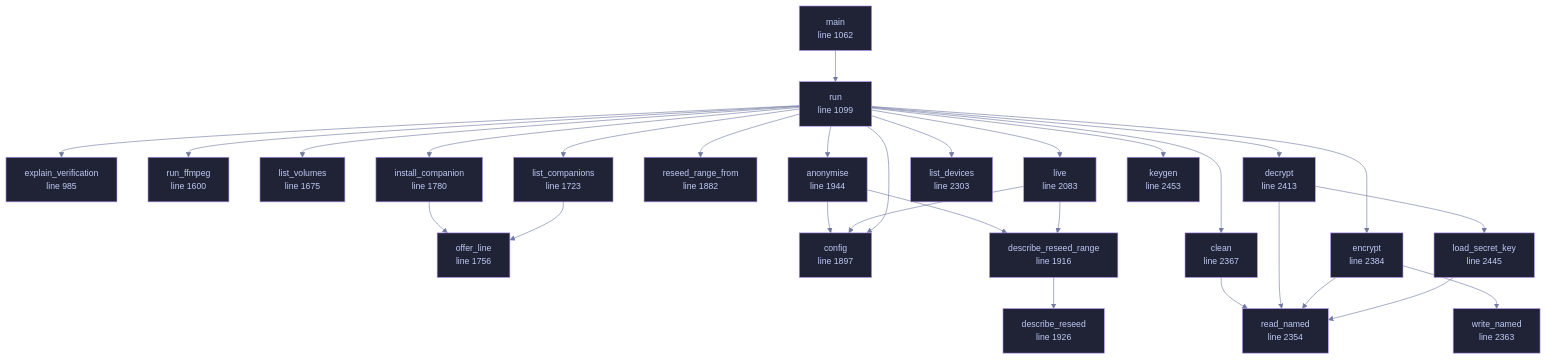
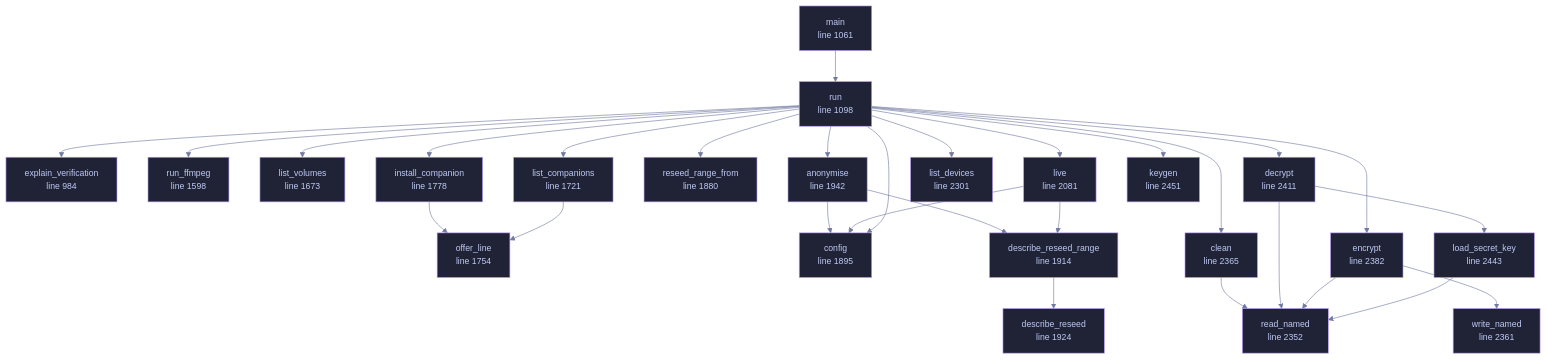
The diagram in docs/files/veilvoice-cli/main.md (tilas01/veilvoice), drawn with Mermaid before and after one commit. The commit also changed other lines of this file and 102 other files, not shown here.

````diff
--- a/docs/files/veilvoice-cli/main.md
+++ b/docs/files/veilvoice-cli/main.md
@@ -133,78 +133,78 @@
 ```mermaid
 %%{init: {"theme":"base","themeVariables":{"background":"#1a1b26","primaryColor":"#1f2335","primaryTextColor":"#c0caf5","primaryBorderColor":"#7aa2f7","secondaryColor":"#16161e","tertiaryColor":"#16161e","lineColor":"#737aa2","textColor":"#c0caf5","mainBkg":"#1f2335","nodeBorder":"#7aa2f7","clusterBkg":"#16161e","clusterBorder":"#2f3549","fontFamily":"ui-monospace, SFMono-Regular, Consolas, monospace","fontSize":"14px"}}}%%
 flowchart TD
-    n_explain_verification["explain_verification<br/>line 985"]
-    n_main["main<br/>line 1062"]
-    n_run["run<br/>line 1099"]
-    n_run_ffmpeg["run_ffmpeg<br/>line 1600"]
-    n_list_volumes["list_volumes<br/>line 1675"]
-    n_list_companions["list_companions<br/>line 1723"]
-    n_offer_line["offer_line<br/>line 1756"]
-    n_install_companion["install_companion<br/>line 1780"]
-    n_reseed_range_from["reseed_range_from<br/>line 1882"]
-    n_config["config<br/>line 1897"]
-    n_describe_reseed_range["describe_reseed_range<br/>line 1916"]
-    n_describe_reseed["describe_reseed<br/>line 1926"]
-    n_anonymise["anonymise<br/>line 1944"]
-    n_live["live<br/>line 2083"]
-    n_list_devices["list_devices<br/>line 2303"]
-    n_read_named["read_named<br/>line 2354"]
-    n_write_named["write_named<br/>line 2363"]
-    n_clean["clean<br/>line 2367"]
-    n_encrypt["encrypt<br/>line 2384"]
-    n_decrypt["decrypt<br/>line 2413"]
-    n_load_secret_key["load_secret_key<br/>line 2445"]
-    n_keygen["keygen<br/>line 2453"]
+    n_explain_verification["explain_verification<br/>line 984"]
+    n_main["main<br/>line 1061"]
+    n_run["run<br/>line 1098"]
+    n_run_ffmpeg["run_ffmpeg<br/>line 1598"]
+    n_list_volumes["list_volumes<br/>line 1673"]
+    n_list_companions["list_companions<br/>line 1721"]
+    n_offer_line["offer_line<br/>line 1754"]
+    n_install_companion["install_companion<br/>line 1778"]
+    n_reseed_range_from["reseed_range_from<br/>line 1880"]
+    n_config["config<br/>line 1895"]
+    n_describe_reseed_range["describe_reseed_range<br/>line 1914"]
+    n_describe_reseed["describe_reseed<br/>line 1924"]
+    n_anonymise["anonymise<br/>line 1942"]
+    n_live["live<br/>line 2081"]
+    n_list_devices["list_devices<br/>line 2301"]
+    n_read_named["read_named<br/>line 2352"]
+    n_write_named["write_named<br/>line 2361"]
+    n_clean["clean<br/>line 2365"]
+    n_encrypt["encrypt<br/>line 2382"]
+    n_decrypt["decrypt<br/>line 2411"]
+    n_load_secret_key["load_secret_key<br/>line 2443"]
+    n_keygen["keygen<br/>line 2451"]
     n_anonymise --> n_config
     n_anonymise --> n_describe_reseed_range
     n_clean --> n_read_named
     n_decrypt --> n_load_secret_key
     n_decrypt --> n_read_named
     n_describe_reseed_range --> n_describe_reseed
     n_encrypt --> n_read_named
     n_encrypt --> n_write_named
     n_install_companion --> n_offer_line
     n_list_companions --> n_offer_line
     n_live --> n_config
     n_live --> n_describe_reseed_range
     n_load_secret_key --> n_read_named
     n_main --> n_run
     n_run --> n_anonymise
     n_run --> n_clean
     n_run --> n_config
     n_run --> n_decrypt
     n_run --> n_encrypt
     n_run --> n_explain_verification
     n_run --> n_install_companion
     n_run --> n_keygen
     n_run --> n_list_companions
     n_run --> n_list_devices
     n_run --> n_list_volumes
     n_run --> n_live
     n_run --> n_reseed_range_from
     n_run --> n_run_ffmpeg
-    click n_explain_verification href "https://github.com/tilas01/veilvoice/blob/main/crates/veilvoice-cli/src/main.rs#L985" "open the source"
-    click n_main href "https://github.com/tilas01/veilvoice/blob/main/crates/veilvoice-cli/src/main.rs#L1062" "open the source"
-    click n_run href "https://github.com/tilas01/veilvoice/blob/main/crates/veilvoice-cli/src/main.rs#L1099" "open the source"
-    click n_run_ffmpeg href "https://github.com/tilas01/veilvoice/blob/main/crates/veilvoice-cli/src/main.rs#L1600" "open the source"
-    click n_list_volumes href "https://github.com/tilas01/veilvoice/blob/main/crates/veilvoice-cli/src/main.rs#L1675" "open the source"
-    click n_list_companions href "https://github.com/tilas01/veilvoice/blob/main/crates/veilvoice-cli/src/main.rs#L1723" "open the source"
-    click n_offer_line href "https://github.com/tilas01/veilvoice/blob/main/crates/veilvoice-cli/src/main.rs#L1756" "open the source"
-    click n_install_companion href "https://github.com/tilas01/veilvoice/blob/main/crates/veilvoice-cli/src/main.rs#L1780" "open the source"
-    click n_reseed_range_from href "https://github.com/tilas01/veilvoice/blob/main/crates/veilvoice-cli/src/main.rs#L1882" "open the source"
-    click n_config href "https://github.com/tilas01/veilvoice/blob/main/crates/veilvoice-cli/src/main.rs#L1897" "open the source"
-    click n_describe_reseed_range href "https://github.com/tilas01/veilvoice/blob/main/crates/veilvoice-cli/src/main.rs#L1916" "open the source"
-    click n_describe_reseed href "https://github.com/tilas01/veilvoice/blob/main/crates/veilvoice-cli/src/main.rs#L1926" "open the source"
-    click n_anonymise href "https://github.com/tilas01/veilvoice/blob/main/crates/veilvoice-cli/src/main.rs#L1944" "open the source"
-    click n_live href "https://github.com/tilas01/veilvoice/blob/main/crates/veilvoice-cli/src/main.rs#L2083" "open the source"
-    click n_list_devices href "https://github.com/tilas01/veilvoice/blob/main/crates/veilvoice-cli/src/main.rs#L2303" "open the source"
-    click n_read_named href "https://github.com/tilas01/veilvoice/blob/main/crates/veilvoice-cli/src/main.rs#L2354" "open the source"
-    click n_write_named href "https://github.com/tilas01/veilvoice/blob/main/crates/veilvoice-cli/src/main.rs#L2363" "open the source"
-    click n_clean href "https://github.com/tilas01/veilvoice/blob/main/crates/veilvoice-cli/src/main.rs#L2367" "open the source"
-    click n_encrypt href "https://github.com/tilas01/veilvoice/blob/main/crates/veilvoice-cli/src/main.rs#L2384" "open the source"
-    click n_decrypt href "https://github.com/tilas01/veilvoice/blob/main/crates/veilvoice-cli/src/main.rs#L2413" "open the source"
-    click n_load_secret_key href "https://github.com/tilas01/veilvoice/blob/main/crates/veilvoice-cli/src/main.rs#L2445" "open the source"
-    click n_keygen href "https://github.com/tilas01/veilvoice/blob/main/crates/veilvoice-cli/src/main.rs#L2453" "open the source"
+    click n_explain_verification href "https://github.com/tilas01/veilvoice/blob/main/crates/veilvoice-cli/src/main.rs#L984" "open the source"
+    click n_main href "https://github.com/tilas01/veilvoice/blob/main/crates/veilvoice-cli/src/main.rs#L1061" "open the source"
+    click n_run href "https://github.com/tilas01/veilvoice/blob/main/crates/veilvoice-cli/src/main.rs#L1098" "open the source"
+    click n_run_ffmpeg href "https://github.com/tilas01/veilvoice/blob/main/crates/veilvoice-cli/src/main.rs#L1598" "open the source"
+    click n_list_volumes href "https://github.com/tilas01/veilvoice/blob/main/crates/veilvoice-cli/src/main.rs#L1673" "open the source"
+    click n_list_companions href "https://github.com/tilas01/veilvoice/blob/main/crates/veilvoice-cli/src/main.rs#L1721" "open the source"
+    click n_offer_line href "https://github.com/tilas01/veilvoice/blob/main/crates/veilvoice-cli/src/main.rs#L1754" "open the source"
+    click n_install_companion href "https://github.com/tilas01/veilvoice/blob/main/crates/veilvoice-cli/src/main.rs#L1778" "open the source"
+    click n_reseed_range_from href "https://github.com/tilas01/veilvoice/blob/main/crates/veilvoice-cli/src/main.rs#L1880" "open the source"
+    click n_config href "https://github.com/tilas01/veilvoice/blob/main/crates/veilvoice-cli/src/main.rs#L1895" "open the source"
+    click n_describe_reseed_range href "https://github.com/tilas01/veilvoice/blob/main/crates/veilvoice-cli/src/main.rs#L1914" "open the source"
+    click n_describe_reseed href "https://github.com/tilas01/veilvoice/blob/main/crates/veilvoice-cli/src/main.rs#L1924" "open the source"
+    click n_anonymise href "https://github.com/tilas01/veilvoice/blob/main/crates/veilvoice-cli/src/main.rs#L1942" "open the source"
+    click n_live href "https://github.com/tilas01/veilvoice/blob/main/crates/veilvoice-cli/src/main.rs#L2081" "open the source"
+    click n_list_devices href "https://github.com/tilas01/veilvoice/blob/main/crates/veilvoice-cli/src/main.rs#L2301" "open the source"
+    click n_read_named href "https://github.com/tilas01/veilvoice/blob/main/crates/veilvoice-cli/src/main.rs#L2352" "open the source"
+    click n_write_named href "https://github.com/tilas01/veilvoice/blob/main/crates/veilvoice-cli/src/main.rs#L2361" "open the source"
+    click n_clean href "https://github.com/tilas01/veilvoice/blob/main/crates/veilvoice-cli/src/main.rs#L2365" "open the source"
+    click n_encrypt href "https://github.com/tilas01/veilvoice/blob/main/crates/veilvoice-cli/src/main.rs#L2382" "open the source"
+    click n_decrypt href "https://github.com/tilas01/veilvoice/blob/main/crates/veilvoice-cli/src/main.rs#L2411" "open the source"
+    click n_load_secret_key href "https://github.com/tilas01/veilvoice/blob/main/crates/veilvoice-cli/src/main.rs#L2443" "open the source"
+    click n_keygen href "https://github.com/tilas01/veilvoice/blob/main/crates/veilvoice-cli/src/main.rs#L2451" "open the source"
     classDef helper fill:#1f2335,stroke:#bb9af7,color:#c0caf5
     class n_explain_verification,n_main,n_run,n_run_ffmpeg,n_list_volumes,n_list_companions,n_offer_line,n_install_companion,n_reseed_range_from,n_config,n_describe_reseed_range,n_describe_reseed,n_anonymise,n_live,n_list_devices,n_read_named,n_write_named,n_clean,n_encrypt,n_decrypt,n_load_secret_key,n_keygen helper
 ```
````
